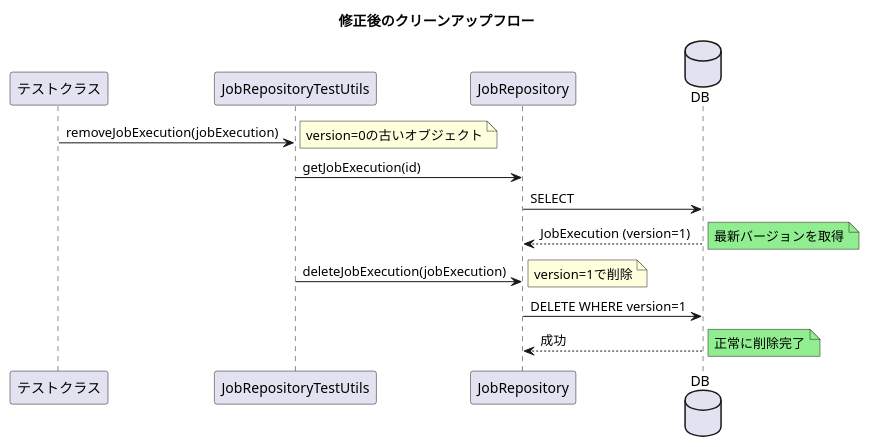
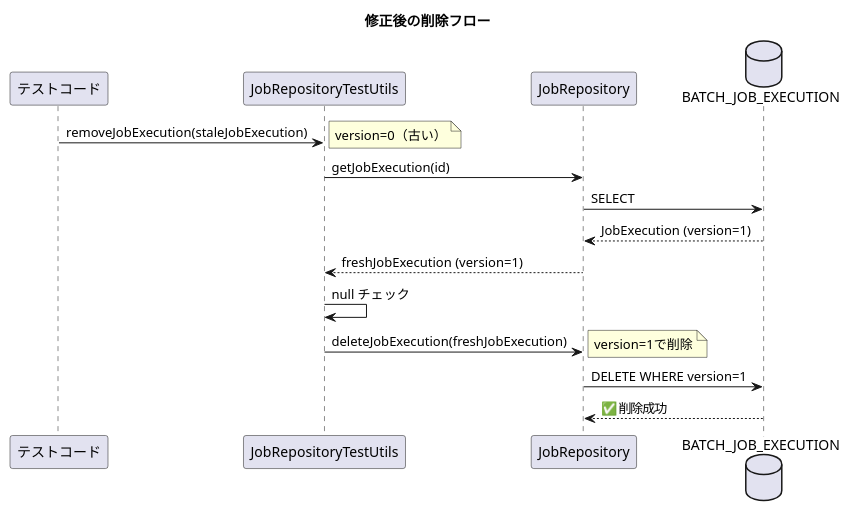
Before and after one commit to mochimoching/github_issue_translate: the second of 2 diagrams in output/spring-batch/6.0.2/all/current/markdown/issues_summary/issue_5161.md, drawn with PlantUML. The commit also changed other lines of this file and 76 other files, not shown here.

````diff
--- a/output/spring-batch/6.0.2/all/current/markdown/issues_summary/issue_5161.md
+++ b/output/spring-batch/6.0.2/all/current/markdown/issues_summary/issue_5161.md
@@ -94,25 +92,25 @@
 ```plantuml
 @startuml
-title 修正後のクリーンアップフロー
+title 修正後の削除フロー
 
-participant "テストクラス" as Test
+participant "テストコード" as Test
 participant "JobRepositoryTestUtils" as Utils
 participant "JobRepository" as Repo
-database "DB" as DB
+database "BATCH_JOB_EXECUTION" as DB
 
-Test -> Utils: removeJobExecution(jobExecution)
-note right: version=0の古いオブジェクト
+Test -> Utils: removeJobExecution(staleJobExecution)
+note right: version=0（古い）
 
 Utils -> Repo: getJobExecution(id)
 Repo -> DB: SELECT
 DB --> Repo: JobExecution (version=1)
-note right #lightgreen: 最新バージョンを取得
+Repo --> Utils: freshJobExecution (version=1)
 
-Utils -> Repo: deleteJobExecution(jobExecution)
+Utils -> Utils: null チェック
+Utils -> Repo: deleteJobExecution(freshJobExecution)
 note right: version=1で削除
 Repo -> DB: DELETE WHERE version=1
-DB --> Repo: 成功
-note right #lightgreen: 正常に削除完了
+DB --> Repo: ✅ 削除成功
 
 @enduml
 ```
````
